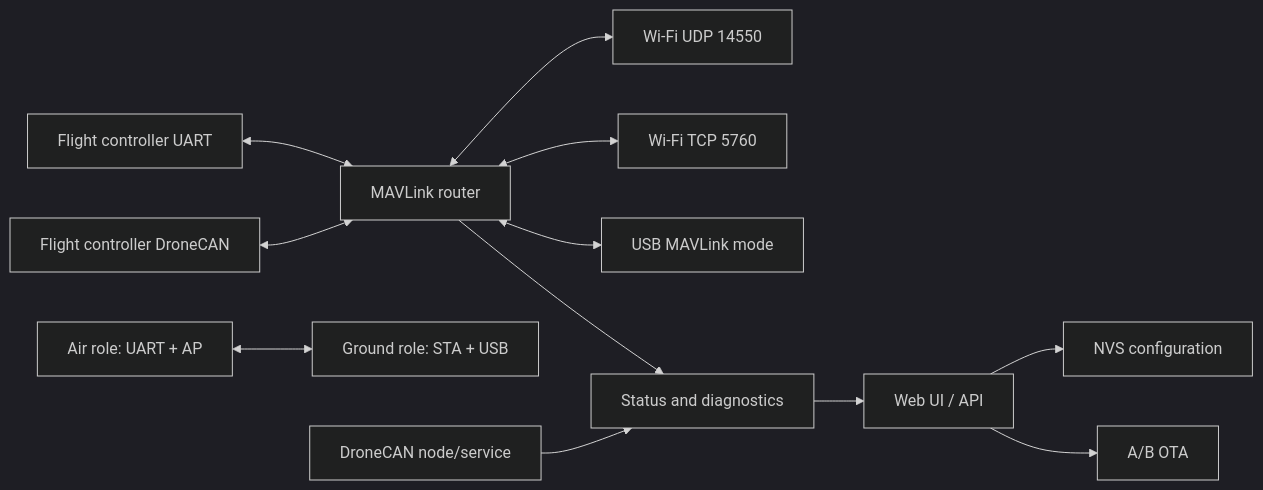
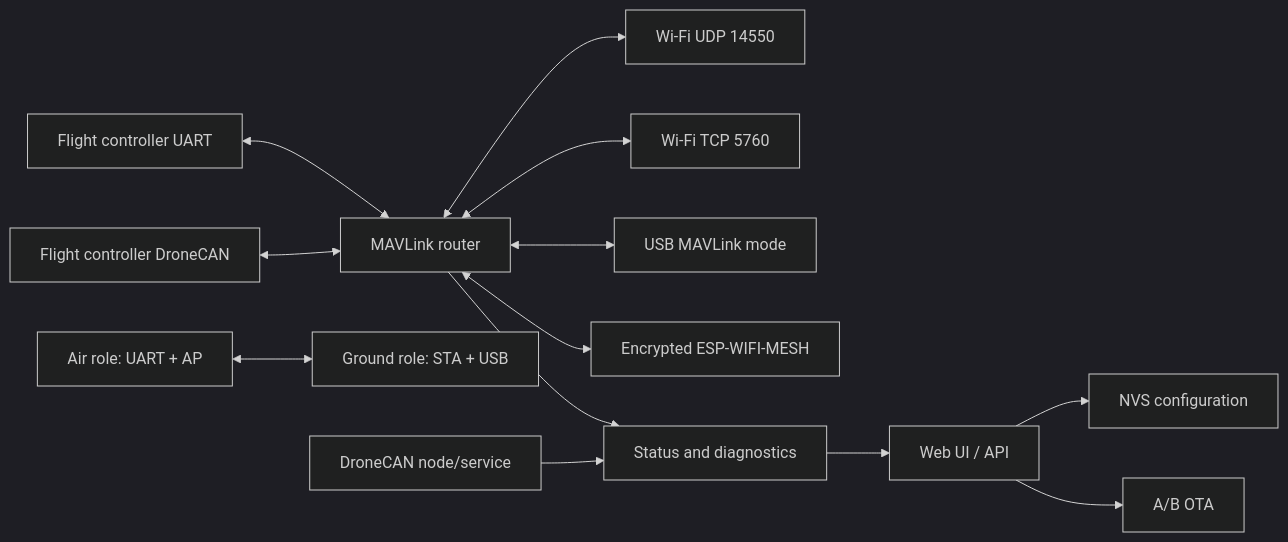
One commit to FlyingRC-Official/AirLink changed the diagram in README.md. Above: the diagram before and after it, drawn with Mermaid (dark theme). The commit also changed other lines of this file and 58 other files, not shown here.

````diff
--- a/README.md
+++ b/README.md
@@ -12,14 +12,15 @@
 ```mermaid
 flowchart LR
     FC["Flight controller UART"] <--> Router["MAVLink router"]
     FCCAN["Flight controller DroneCAN"] <--> Router
     Router <--> UDP["Wi-Fi UDP 14550"]
     Router <--> TCP["Wi-Fi TCP 5760"]
     Router <--> USB["USB MAVLink mode"]
+    Router <--> Mesh["Encrypted ESP-WIFI-MESH"]
     Air["Air role: UART + AP"] <--> Ground["Ground role: STA + USB"]
     CAN["DroneCAN node/service"] --> Diagnostics["Status and diagnostics"]
     Router --> Diagnostics
     Diagnostics --> Web["Web UI / API"]
     Web --> Config["NVS configuration"]
     Web --> OTA["A/B OTA"]
 ```
````
